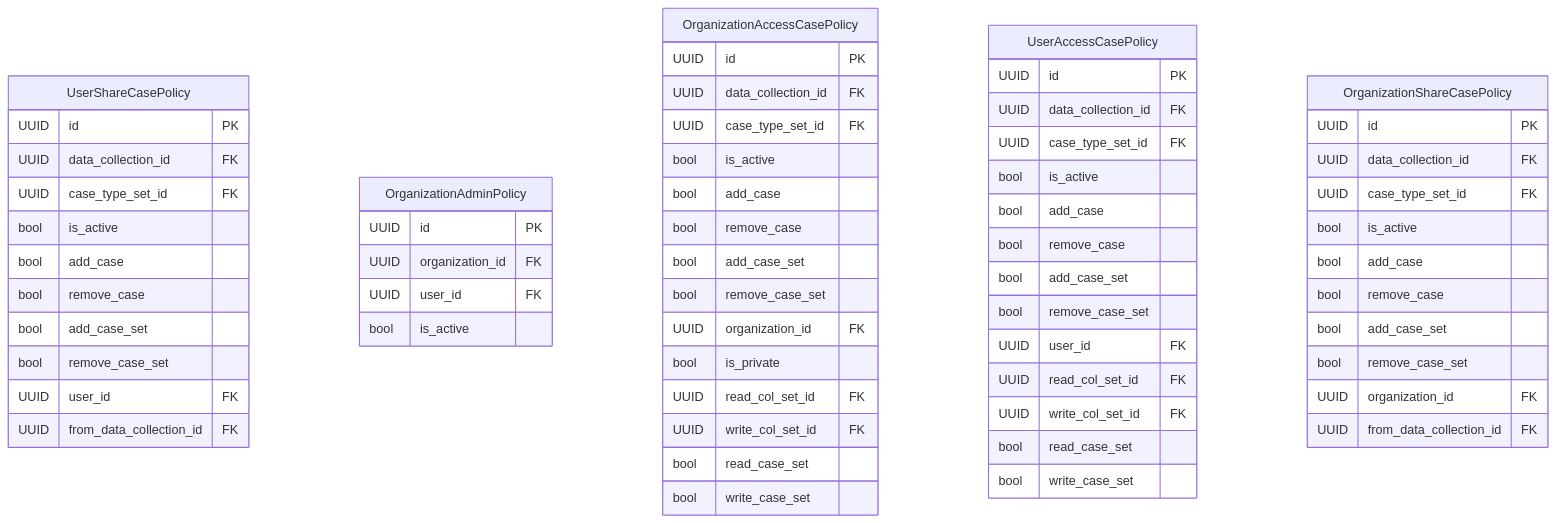
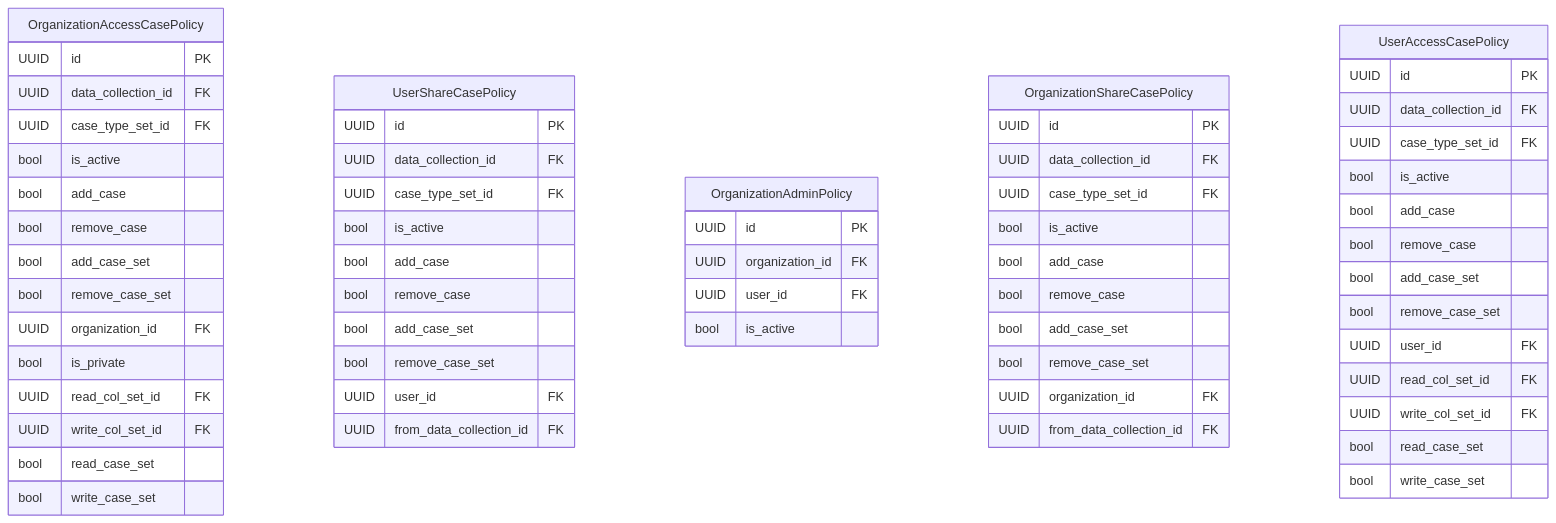
One commit to RIVM-bioinformatics/gen-epix-api changed the diagram in docs/erm/casedb.abac.detailed.md. Above: the diagram before and after it, drawn with Mermaid. The commit also changed other lines of this file and 112 other files, not shown here.

Commit message:
refactor: Lsp 2834 create case type props class (#471)

````diff
--- a/docs/erm/casedb.abac.detailed.md
+++ b/docs/erm/casedb.abac.detailed.md
@@ -5,72 +5,72 @@
 ```mermaid
 erDiagram
     %% casedb / ABAC (detailed)
 
     %% Entity definitions
+    OrganizationAccessCasePolicy {
+        UUID id PK
+        UUID data_collection_id FK
+        UUID case_type_set_id FK
+        bool is_active
+        bool add_case
+        bool remove_case
+        bool add_case_set
+        bool remove_case_set
+        UUID organization_id FK
+        bool is_private
+        UUID read_col_set_id FK
+        UUID write_col_set_id FK
+        bool read_case_set
+        bool write_case_set
+    }
+
     UserShareCasePolicy {
         UUID id PK
         UUID data_collection_id FK
         UUID case_type_set_id FK
         bool is_active
         bool add_case
         bool remove_case
         bool add_case_set
         bool remove_case_set
         UUID user_id FK
         UUID from_data_collection_id FK
     }
 
     OrganizationAdminPolicy {
         UUID id PK
         UUID organization_id FK
         UUID user_id FK
         bool is_active
     }
 
-    OrganizationAccessCasePolicy {
+    OrganizationShareCasePolicy {
         UUID id PK
         UUID data_collection_id FK
         UUID case_type_set_id FK
         bool is_active
         bool add_case
         bool remove_case
         bool add_case_set
         bool remove_case_set
         UUID organization_id FK
-        bool is_private
-        UUID read_col_set_id FK
-        UUID write_col_set_id FK
-        bool read_case_set
-        bool write_case_set
+        UUID from_data_collection_id FK
     }
 
     UserAccessCasePolicy {
         UUID id PK
         UUID data_collection_id FK
         UUID case_type_set_id FK
         bool is_active
         bool add_case
         bool remove_case
         bool add_case_set
         bool remove_case_set
         UUID user_id FK
         UUID read_col_set_id FK
         UUID write_col_set_id FK
         bool read_case_set
         bool write_case_set
     }
 
-    OrganizationShareCasePolicy {
-        UUID id PK
-        UUID data_collection_id FK
-        UUID case_type_set_id FK
-        bool is_active
-        bool add_case
-        bool remove_case
-        bool add_case_set
-        bool remove_case_set
-        UUID organization_id FK
-        UUID from_data_collection_id FK
-    }
-
 ```
````
